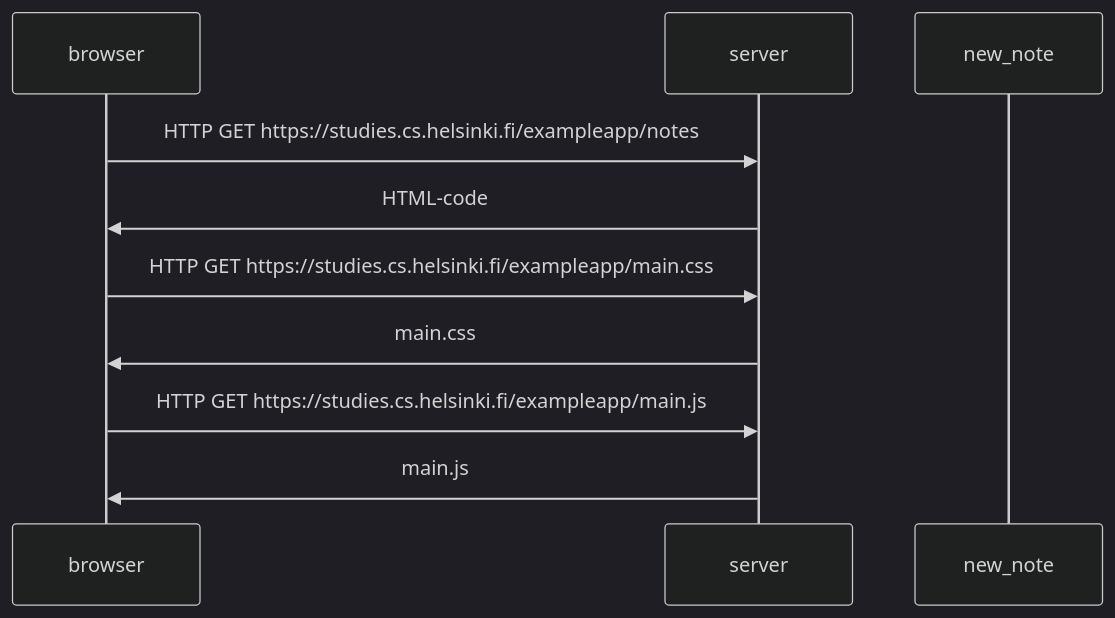
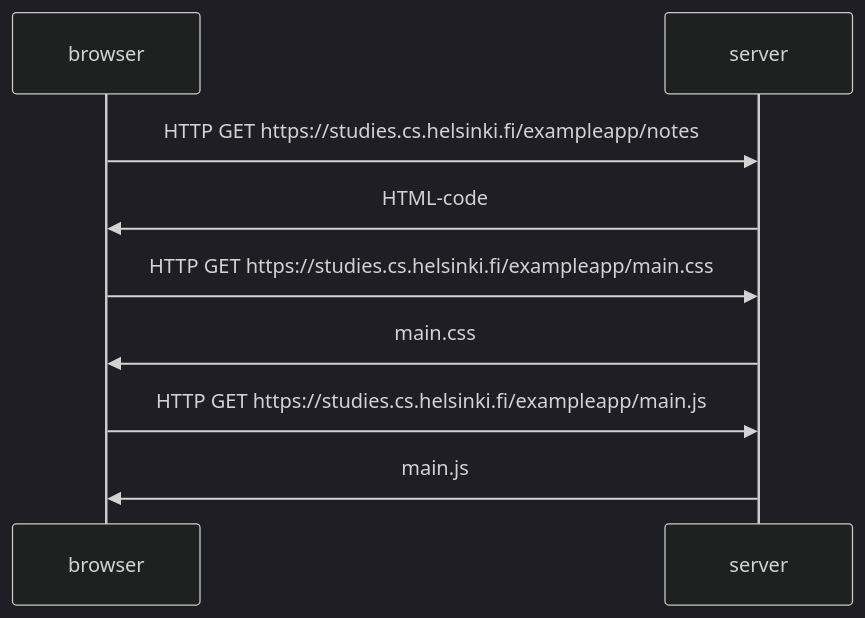
Before and after one commit to simon-archer/fullstack: the diagram in part0/0.4: New note diagram.md, drawn with Mermaid (dark theme).

Commit message:
Update 0.4: New note diagram.md

````diff
--- a/part0/0.4: New note diagram.md
+++ b/part0/0.4: New note diagram.md
@@ -5,12 +5,11 @@
 ```mermaid
 sequenceDiagram
     participant browser
     participant server
-    participant new_note
     browser->>server: HTTP GET https://studies.cs.helsinki.fi/exampleapp/notes
     server->>browser: HTML-code
     browser->>server: HTTP GET https://studies.cs.helsinki.fi/exampleapp/main.css
     server->>browser: main.css
     browser->>server: HTTP GET https://studies.cs.helsinki.fi/exampleapp/main.js
     server->>browser: main.js
 ```
````
